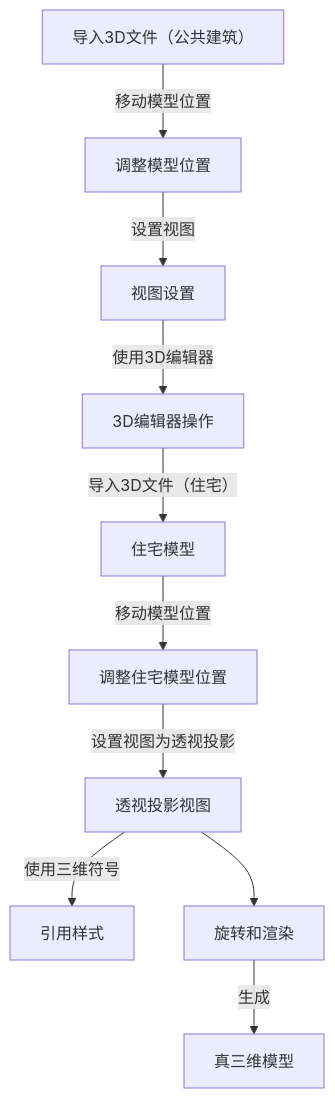
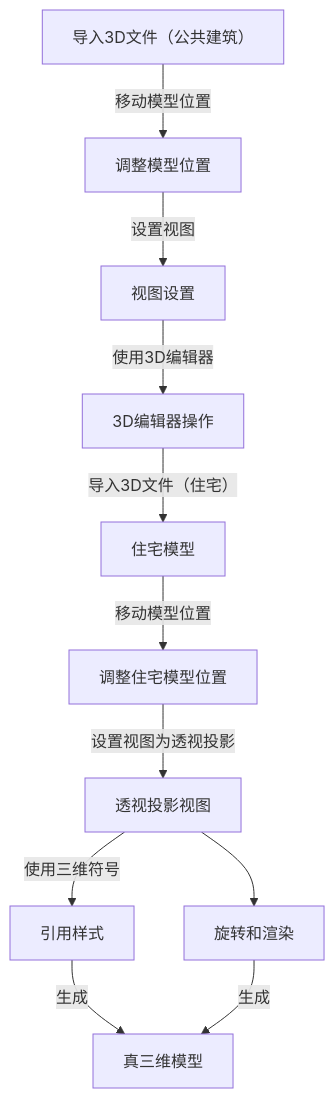
One commit to newguser/iodraw-files changed the diagram in all/未命名.md. Above: the diagram before and after it, drawn with Mermaid.

Commit message:
2025-02-27 22:00:23 update

````diff
--- a/all/未命名.md
+++ b/all/未命名.md
@@ -1,13 +1,13 @@
 ```mermaid
 graph TD
     A[导入3D文件（公共建筑）] -->|移动模型位置| B[调整模型位置]
     B -->|设置视图| C[视图设置]
     C -->|使用3D编辑器| D[3D编辑器操作]
     D -->|导入3D文件（住宅）| E[住宅模型]
     E -->|移动模型位置| F[调整住宅模型位置]
     F -->|设置视图为透视投影| G[透视投影视图]
     G -->|使用三维符号| H[引用样式]
     G -->I[旋转和渲染]
-    H[引用样式]
+    H[引用样式]-->|生成| J[真三维模型]
     I -->|生成| J[真三维模型]
 ```
````
